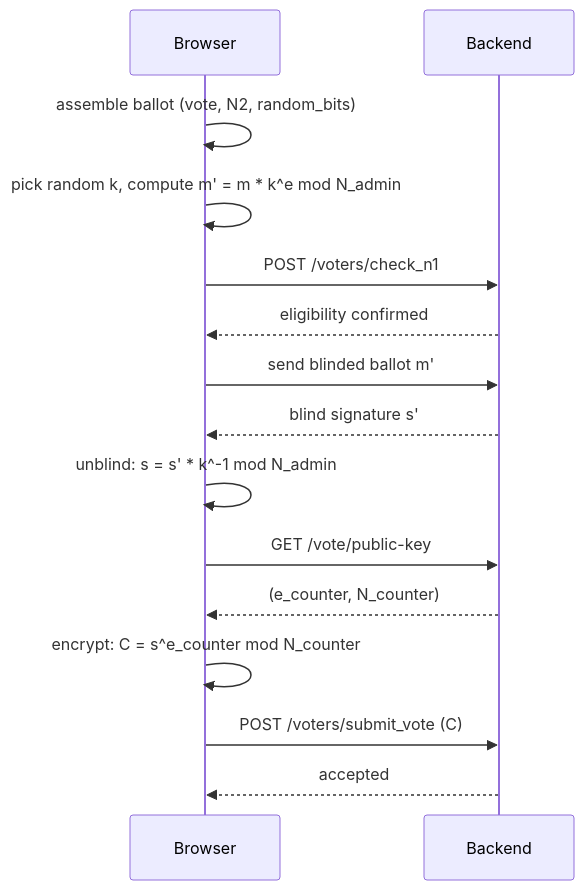
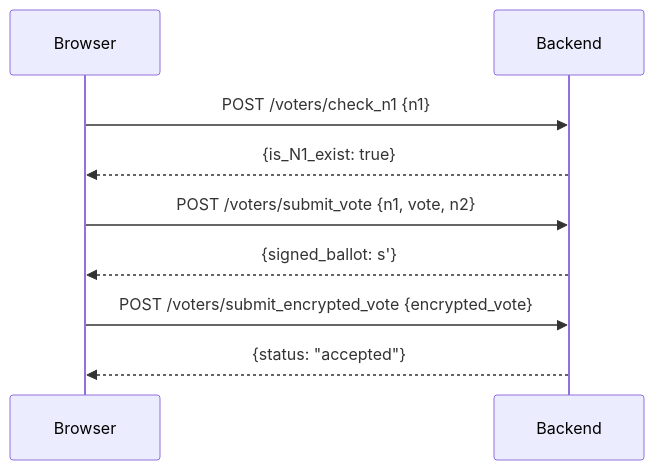
The third of 3 diagrams in frontend/architecture.mdx (Crypto-Project-ENSTA/docs), drawn with Mermaid before and after one commit. The commit also changed other lines of this file and 13 other files, not shown here.

````diff
--- a/frontend/architecture.mdx
+++ b/frontend/architecture.mdx
@@ -92,18 +92,12 @@
 ```mermaid
 sequenceDiagram
     participant Browser
     participant Backend
 
-    Browser->>Browser: assemble ballot (vote, N2, random_bits)
-    Browser->>Browser: pick random k, compute m' = m * k^e mod N_admin
-    Browser->>Backend: POST /voters/check_n1
-    Backend-->>Browser: eligibility confirmed
-    Browser->>Backend: send blinded ballot m'
-    Backend-->>Browser: blind signature s'
-    Browser->>Browser: unblind: s = s' * k^-1 mod N_admin
-    Browser->>Backend: GET /vote/public-key
-    Backend-->>Browser: (e_counter, N_counter)
-    Browser->>Browser: encrypt: C = s^e_counter mod N_counter
-    Browser->>Backend: POST /voters/submit_vote (C)
-    Backend-->>Browser: accepted
+    Browser->>Backend: POST /voters/check_n1 {n1}
+    Backend-->>Browser: {is_N1_exist: true}
+    Browser->>Backend: POST /voters/submit_vote {n1, vote, n2}
+    Backend-->>Browser: {signed_ballot: s'}
+    Browser->>Backend: POST /voters/submit_encrypted_vote {encrypted_vote}
+    Backend-->>Browser: {status: "accepted"}
 ```
````
